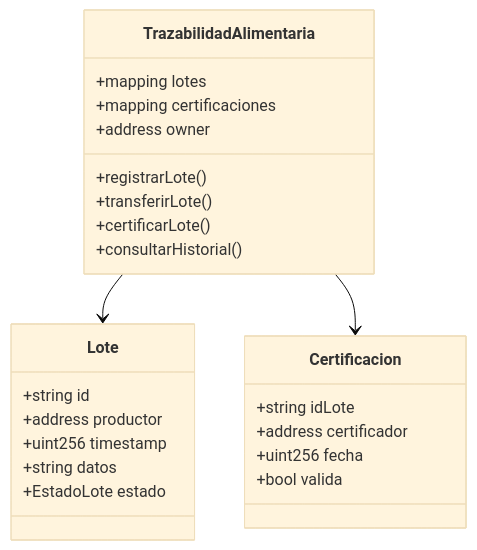
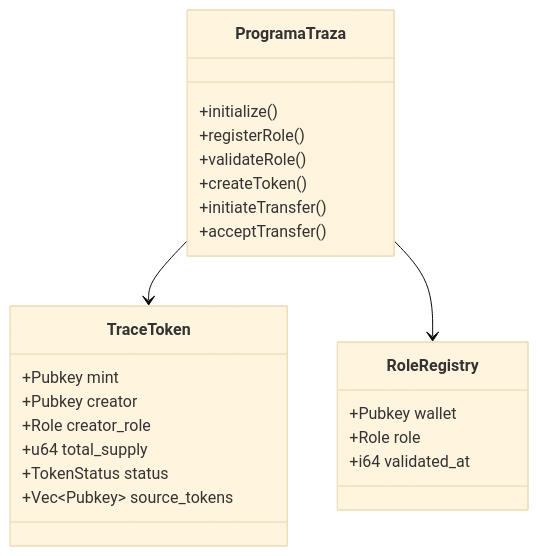
The third of 7 diagrams in 20 INSTRUCCIONES DE ENTREGA.md (pdiazq/tfm-cacao-traceability-solana), drawn with Mermaid (base theme) before and after one commit. The commit also changed other lines of this file, not shown here.

````diff
--- a/20 INSTRUCCIONES DE ENTREGA.md
+++ b/20 INSTRUCCIONES DE ENTREGA.md
@@ -417,30 +440,29 @@
 ```mermaid
 classDiagram
-    class TrazabilidadAlimentaria {
-        +mapping lotes
-        +mapping certificaciones
-        +address owner
-        +registrarLote()
-        +transferirLote()
-        +certificarLote()
-        +consultarHistorial()
+    class ProgramaTraza {
+        +initialize()
+        +registerRole()
+        +validateRole()
+        +createToken()
+        +initiateTransfer()
+        +acceptTransfer()
     }
 
-    class Lote {
-        +string id
-        +address productor
-        +uint256 timestamp
-        +string datos
-        +EstadoLote estado
+    class TraceToken {
+        +Pubkey mint
+        +Pubkey creator
+        +Role creator_role
+        +u64 total_supply
+        +TokenStatus status
+        +Vec~Pubkey~ source_tokens
     }
 
-    class Certificacion {
-        +string idLote
-        +address certificador
-        +uint256 fecha
-        +bool valida
+    class RoleRegistry {
+        +Pubkey wallet
+        +Role role
+        +i64 validated_at
     }
 
-    TrazabilidadAlimentaria --> Lote
-    TrazabilidadAlimentaria --> Certificacion
+    ProgramaTraza --> TraceToken
+    ProgramaTraza --> RoleRegistry
 ```
````
